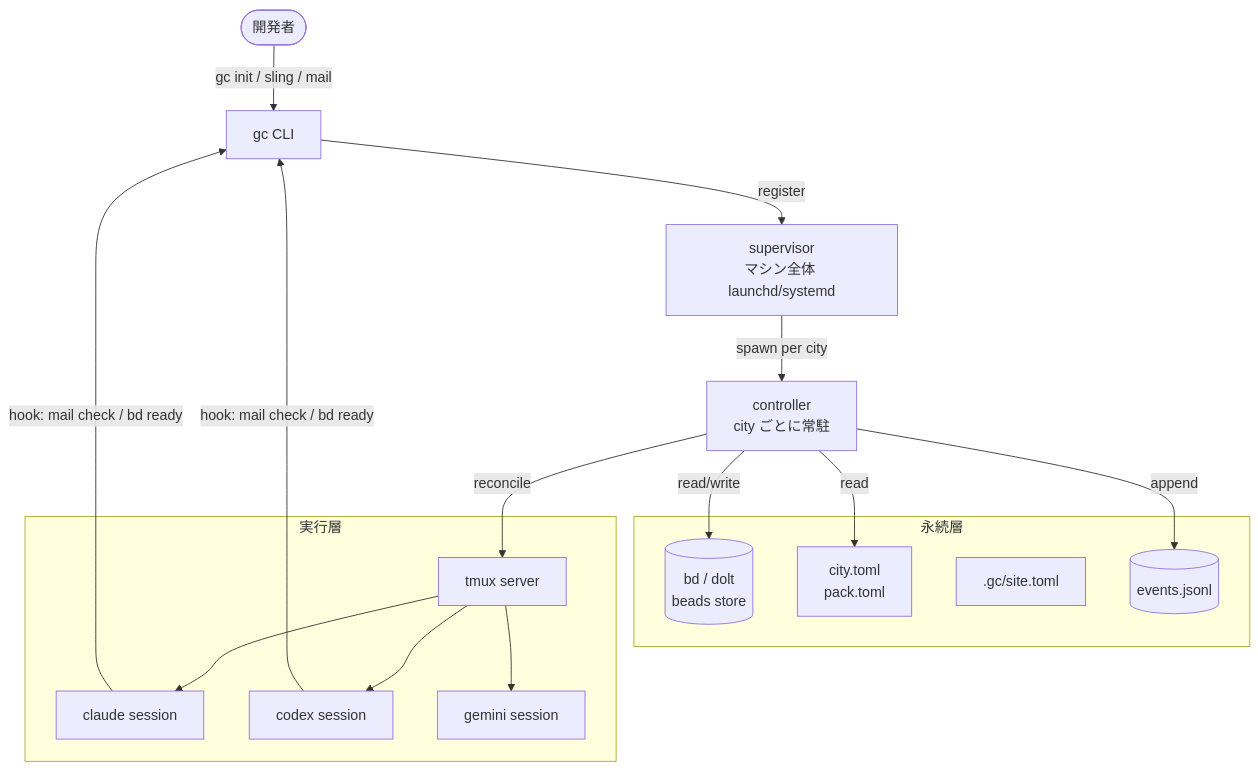
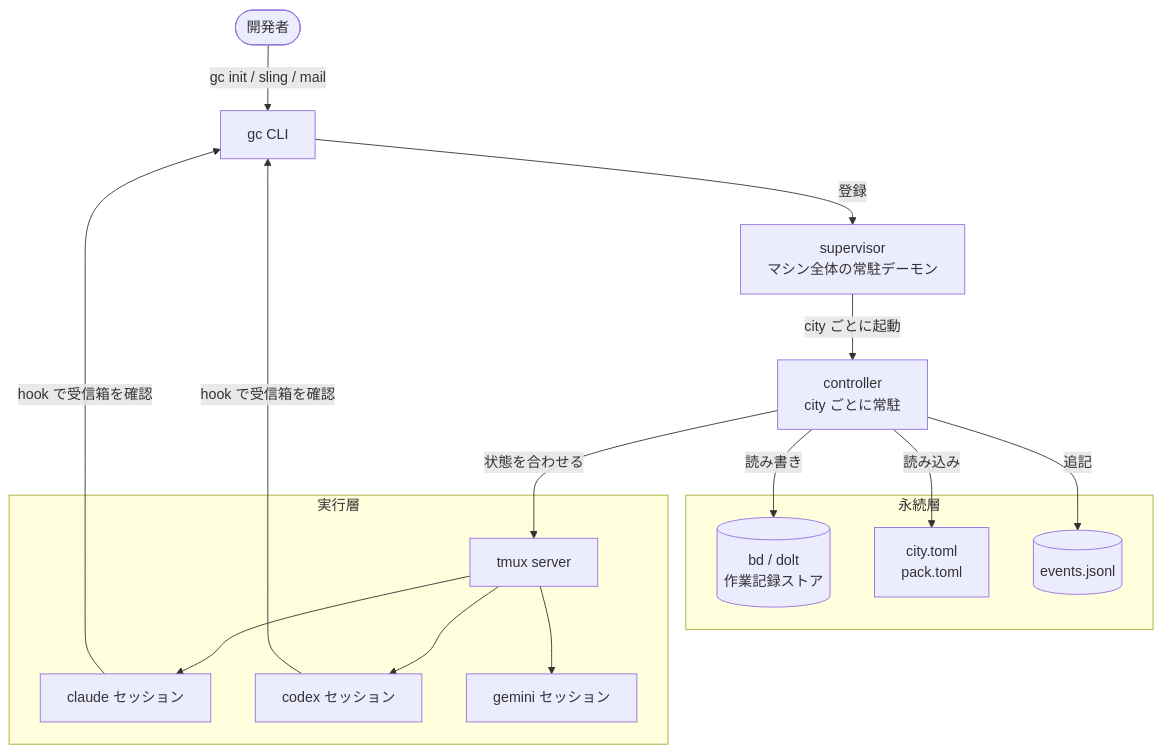
The first of 3 diagrams in .history/20260429-usage/OVERVIEW.md (ymdvsymd/gascity), drawn with Mermaid before and after one commit. The commit also changed other lines of this file, not shown here.

````diff
--- a/.history/20260429-usage/OVERVIEW.md
+++ b/.history/20260429-usage/OVERVIEW.md
@@ -41,31 +32,30 @@
 ```mermaid
 graph TB
     User([開発者])
     CLI[gc CLI]
-    Supervisor[supervisor<br>マシン全体 launchd/systemd]
+    Supervisor[supervisor<br>マシン全体の常駐デーモン]
     Controller[controller<br>city ごとに常駐]
     subgraph 永続層
-        BD[(bd / dolt<br>beads store)]
+        BD[(bd / dolt<br>作業記録ストア)]
         TOMLConfig[city.toml<br>pack.toml]
-        SiteToml[.gc/site.toml]
         Events[(events.jsonl)]
     end
     subgraph 実行層
         TmuxSrv[tmux server]
-        S1[claude session]
-        S2[codex session]
-        S3[gemini session]
+        S1[claude セッション]
+        S2[codex セッション]
+        S3[gemini セッション]
     end
     User -->|"gc init / sling / mail"| CLI
-    CLI -->|register| Supervisor
-    Supervisor -->|spawn per city| Controller
-    Controller -->|reconcile| TmuxSrv
-    Controller -->|read/write| BD
-    Controller -->|read| TOMLConfig
-    Controller -->|append| Events
+    CLI -->|登録| Supervisor
+    Supervisor -->|city ごとに起動| Controller
+    Controller -->|状態を合わせる| TmuxSrv
+    Controller -->|読み書き| BD
+    Controller -->|読み込み| TOMLConfig
+    Controller -->|追記| Events
     TmuxSrv --> S1
     TmuxSrv --> S2
     TmuxSrv --> S3
-    S1 -->|hook: mail check / bd ready| CLI
-    S2 -->|hook: mail check / bd ready| CLI
+    S1 -->|hook で受信箱を確認| CLI
+    S2 -->|hook で受信箱を確認| CLI
 ```
````
